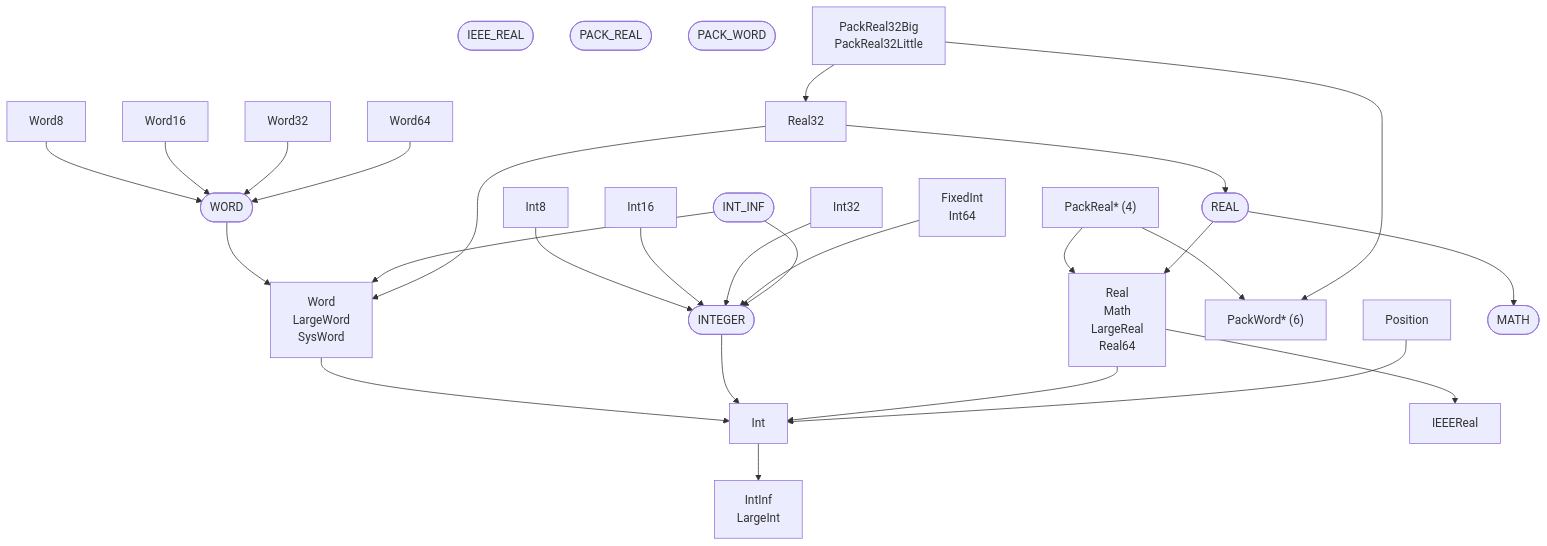
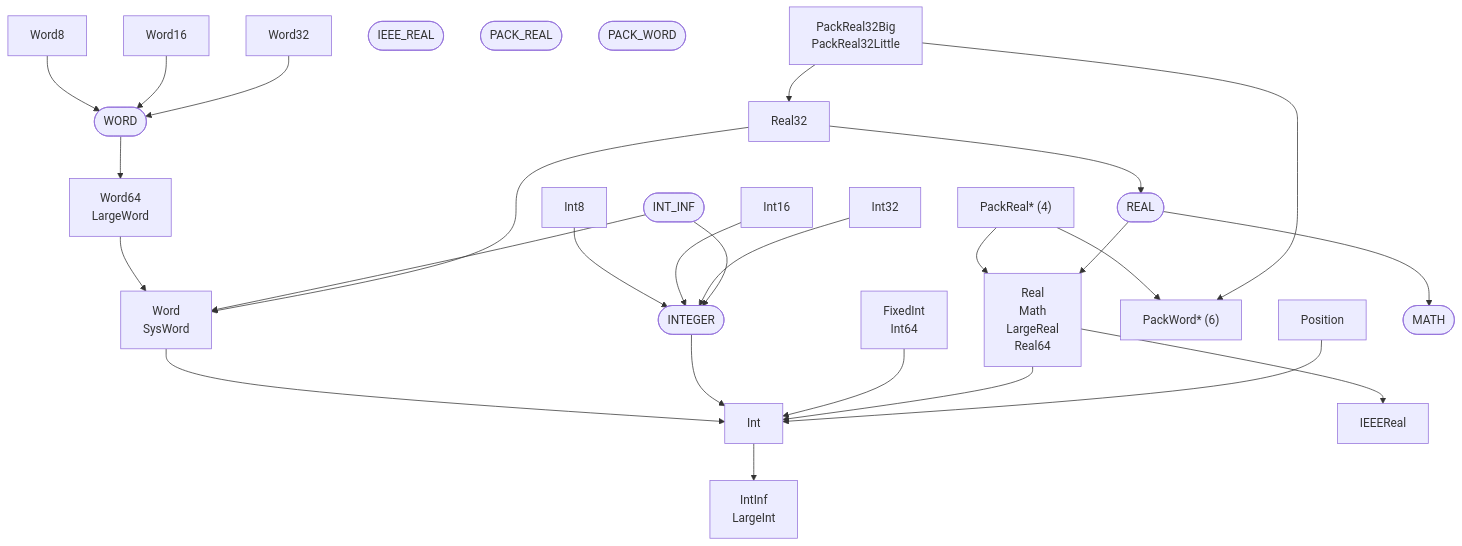
Before and after one commit to ruudkoot/rune: the fifth of 9 diagrams in docs/generated/basis/depends.md, drawn with Mermaid. The commit also changed other lines of this file and 198 other files, not shown here.

````diff
--- a/docs/generated/basis/depends.md
+++ b/docs/generated/basis/depends.md
@@ -123,54 +123,54 @@
 ```mermaid
 flowchart TD
   n6["IntInf<br>LargeInt"]
   n7["Int"]
-  n8["Word<br>LargeWord<br>SysWord"]
-  n9(["WORD"])
-  n10(["INTEGER"])
-  n11["Int8"]
-  n12["Int16"]
-  n13["Int32"]
-  n14["FixedInt<br>Int64"]
-  n15["Word8"]
-  n16["Word16"]
-  n17["Word32"]
-  n18["Word64"]
+  n8["Word<br>SysWord"]
+  n9["Word64<br>LargeWord"]
+  n10(["WORD"])
+  n11(["INTEGER"])
+  n12["Int8"]
+  n13["Int16"]
+  n14["Int32"]
+  n15["FixedInt<br>Int64"]
+  n16["Word8"]
+  n17["Word16"]
+  n18["Word32"]
   n21["IEEEReal"]
   n22["Real<br>Math<br>LargeReal<br>Real64"]
   n34["PackWord* (6)"]
   n35["PackReal* (4)"]
   n59["Position"]
   n98(["IEEE_REAL"])
   n100(["INT_INF"])
   n104(["MATH"])
   n113(["PACK_REAL"])
   n114(["PACK_WORD"])
   n129(["REAL"])
   n140["Real32"]
   n141["PackReal32Big<br>PackReal32Little"]
   n7 --> n6
   n8 --> n7
   n9 --> n8
-  n10 --> n7
-  n11 --> n10
-  n12 --> n10
-  n13 --> n10
-  n14 --> n10
-  n15 --> n9
-  n16 --> n9
-  n17 --> n9
-  n18 --> n9
+  n10 --> n9
+  n11 --> n7
+  n12 --> n11
+  n13 --> n11
+  n14 --> n11
+  n15 --> n7
+  n16 --> n10
+  n17 --> n10
+  n18 --> n10
   n22 --> n21
   n22 --> n7
   n35 --> n22
   n35 --> n34
   n59 --> n7
-  n100 --> n10
+  n100 --> n11
   n100 --> n8
   n129 --> n22
   n129 --> n104
   n140 --> n129
   n140 --> n8
   n141 --> n140
   n141 --> n34
 ```
````
